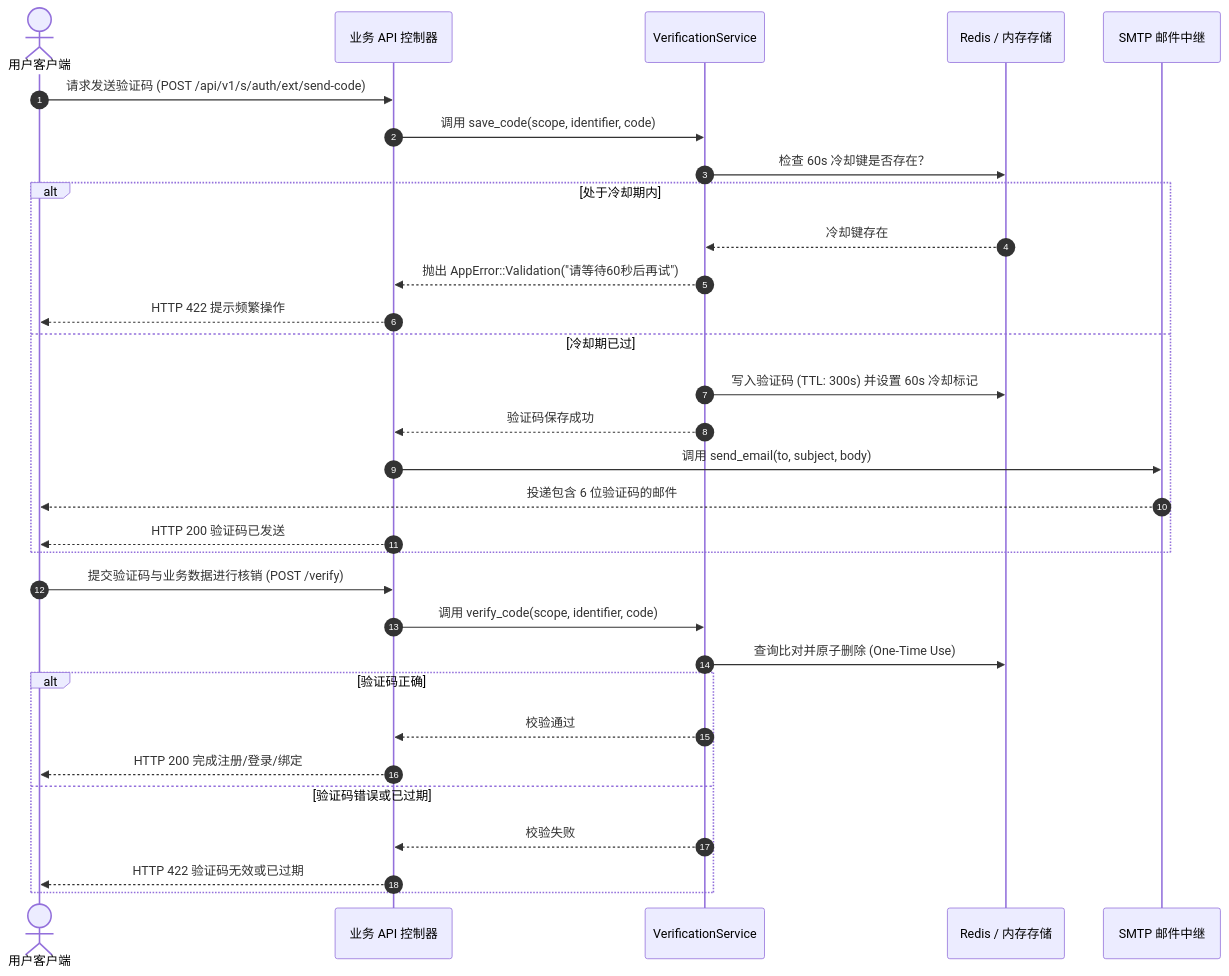
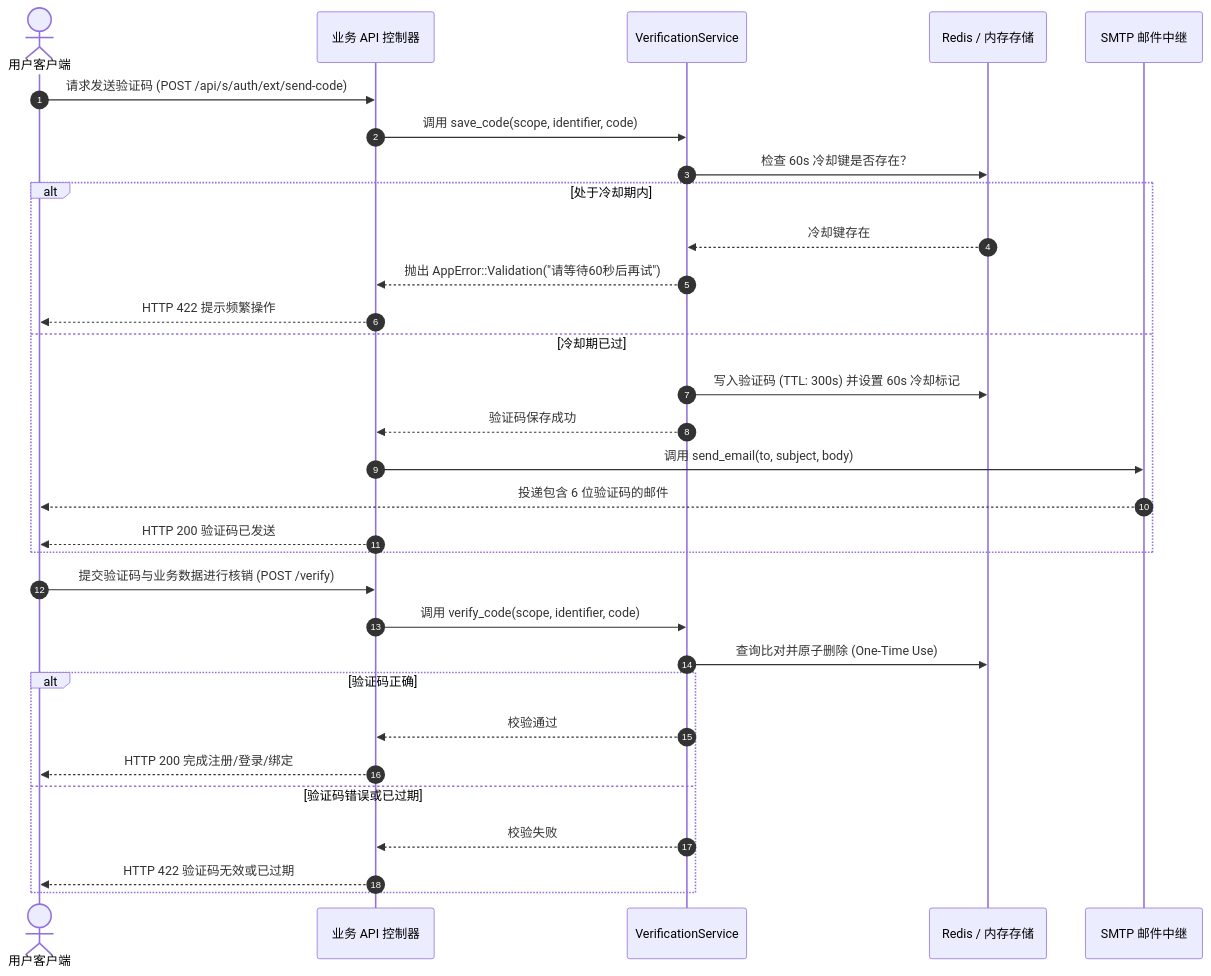
The diagram in docs/src/content/docs/zh/guides/email-verification.md (FoundKit/foundry), drawn with Mermaid before and after one commit. The commit also changed 83 other files, not shown here.

````diff
--- a/docs/src/content/docs/zh/guides/email-verification.md
+++ b/docs/src/content/docs/zh/guides/email-verification.md
@@ -19,35 +19,35 @@
 ```mermaid
 sequenceDiagram
     autonumber
     actor User as 用户客户端
     participant Server as 业务 API 控制器
     participant VS as VerificationService
     participant Redis as Redis / 内存存储
     participant SMTP as SMTP 邮件中继
 
-    User->>Server: 请求发送验证码 (POST /api/v1/s/auth/ext/send-code)
+    User->>Server: 请求发送验证码 (POST /api/s/auth/ext/send-code)
     Server->>VS: 调用 save_code(scope, identifier, code)
     VS->>Redis: 检查 60s 冷却键是否存在？
     alt 处于冷却期内
         Redis-->>VS: 冷却键存在
         VS-->>Server: 抛出 AppError::Validation("请等待60秒后再试")
         Server-->>User: HTTP 422 提示频繁操作
     else 冷却期已过
         VS->>Redis: 写入验证码 (TTL: 300s) 并设置 60s 冷却标记
         VS-->>Server: 验证码保存成功
         Server->>SMTP: 调用 send_email(to, subject, body)
         SMTP-->>User: 投递包含 6 位验证码的邮件
         Server-->>User: HTTP 200 验证码已发送
     end
 
     User->>Server: 提交验证码与业务数据进行核销 (POST /verify)
     Server->>VS: 调用 verify_code(scope, identifier, code)
     VS->>Redis: 查询比对并原子删除 (One-Time Use)
     alt 验证码正确
         VS-->>Server: 校验通过
         Server-->>User: HTTP 200 完成注册/登录/绑定
     else 验证码错误或已过期
         VS-->>Server: 校验失败
         Server-->>User: HTTP 422 验证码无效或已过期
     end
 ```
````
